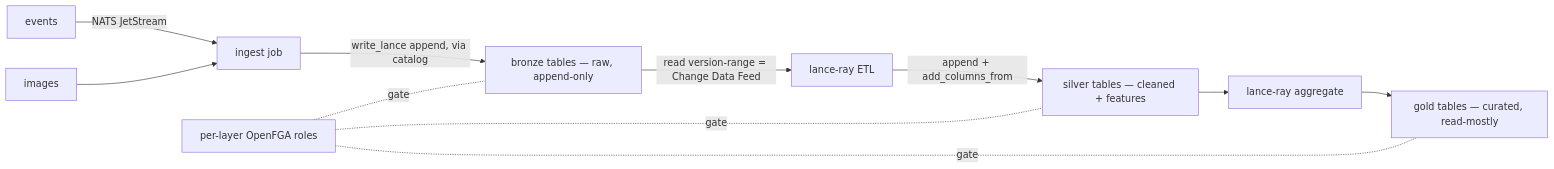
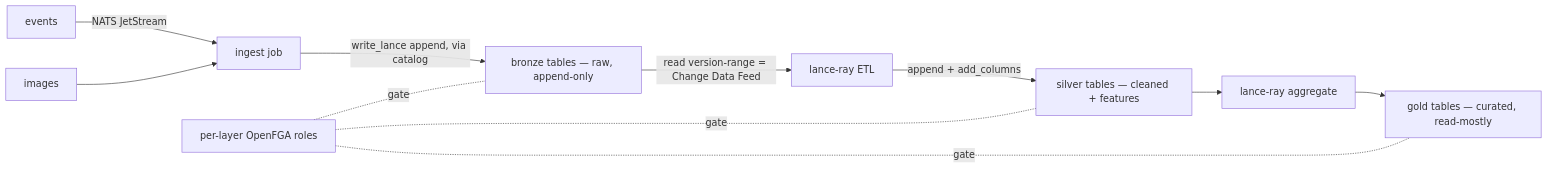
The second of 2 diagrams in docs/ARCHITECTURE.md (Borg93/lance-ns), drawn with Mermaid before and after one commit. The commit also changed other lines of this file and 11 other files, not shown here.

````diff
--- a/docs/ARCHITECTURE.md
+++ b/docs/ARCHITECTURE.md
@@ -207,10 +209,10 @@
 ```mermaid
 flowchart LR
   EVT[events] -->|NATS JetStream| ING[ingest job]
   IMG[images] --> ING
   ING -->|write_lance append, via catalog| B[bronze tables — raw, append-only]
   B -->|read version-range = Change Data Feed| ETL1[lance-ray ETL]
-  ETL1 -->|append + add_columns_from| S[silver tables — cleaned + features]
+  ETL1 -->|append + add_columns| S[silver tables — cleaned + features]
   S --> ETL2[lance-ray aggregate] --> G[gold tables — curated, read-mostly]
   ROLES[per-layer OpenFGA roles] -. gate .- B & S & G
 ```
````
